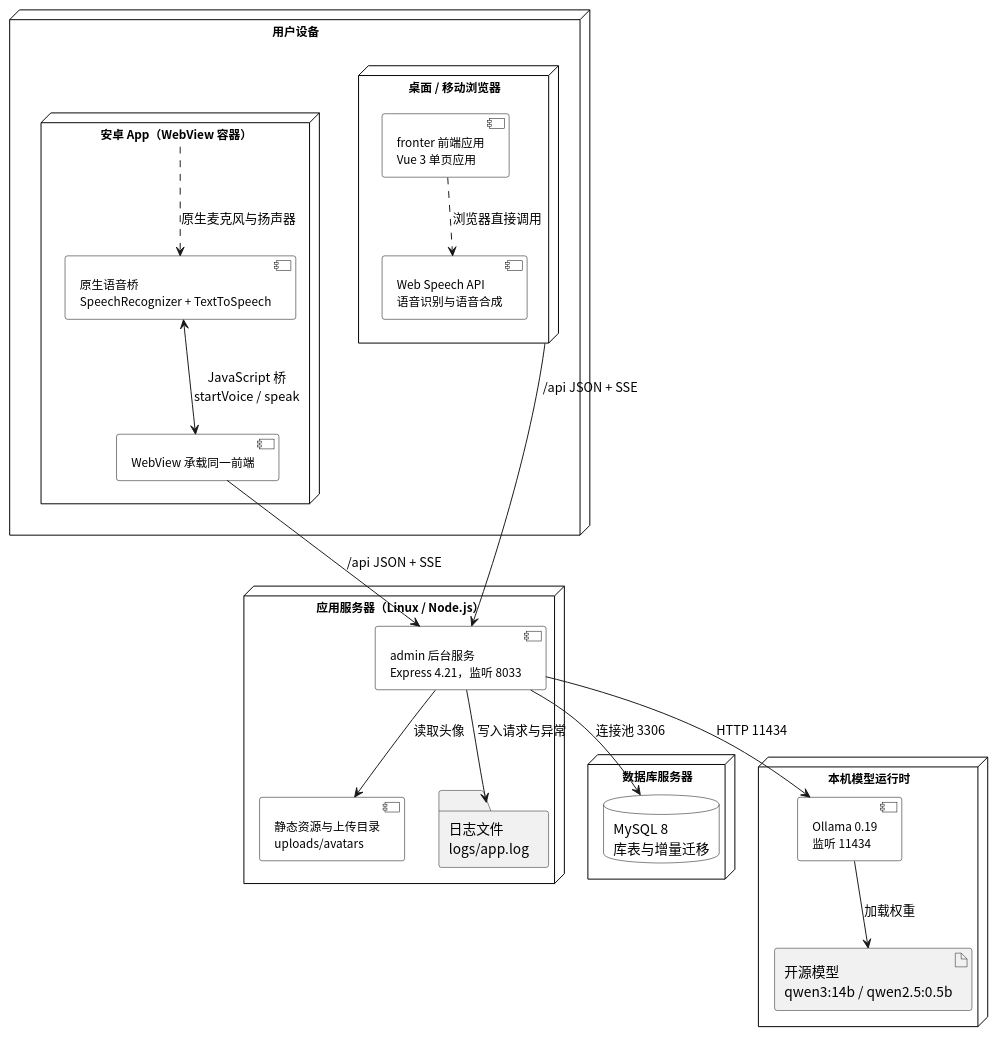
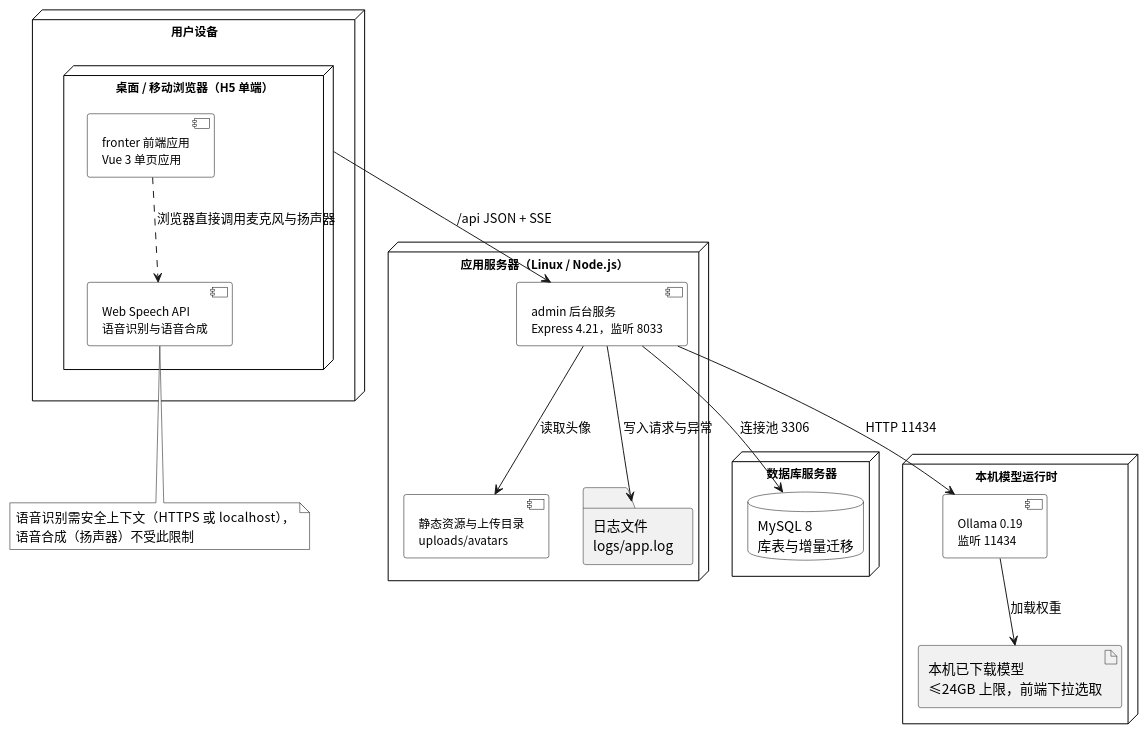
One commit to XuelinHu/school-chinese-exam-practice changed the diagram in docs/assets/diagrams_src/03_deployment.puml. Above: the diagram before and after it, drawn with PlantUML. The commit also changed 56 other files, not shown here.

```diff
--- a/docs/assets/diagrams_src/03_deployment.puml
+++ b/docs/assets/diagrams_src/03_deployment.puml
@@ -1,59 +1,60 @@
 @startuml
 ' 马来西亚留学生汉语练习平台 —— 部署图
 ' 对应设计说明书 4.2；默认端口 4031（前台）/ 8033（后台）/ 3306 / 11434。
 skinparam backgroundColor #FFFFFF
 skinparam defaultFontName "Noto Sans CJK SC"
 skinparam shadowing false
+' 设计图交付要求纯黑白，注释框默认是淡黄底，必须显式压掉
+skinparam noteBackgroundColor #FFFFFF
+skinparam noteBorderColor #000000
 skinparam node {
   BackgroundColor #FFFFFF
   BorderColor #000000
   FontSize 12
 }
 skinparam component {
   BackgroundColor #FFFFFF
   BorderColor #000000
   FontSize 12
 }
 skinparam database {
   BackgroundColor #FFFFFF
   BorderColor #000000
 }
 
 node "用户设备" as DEV {
-  node "桌面 / 移动浏览器" as BROWSER {
+  node "桌面 / 移动浏览器（H5 单端）" as BROWSER {
     component "fronter 前端应用\nVue 3 单页应用" as WEBAPP
     component "Web Speech API\n语音识别与语音合成" as WEBSPEECH
-  }
-  node "安卓 App（WebView 容器）" as ANDROID {
-    component "WebView 承载同一前端" as WV
-    component "原生语音桥\nSpeechRecognizer + TextToSpeech" as NATIVE
   }
 }
 
 node "应用服务器（Linux / Node.js）" as SERVER {
   component "admin 后台服务\nExpress 4.21，监听 8033" as API
   component "静态资源与上传目录\nuploads/avatars" as STATIC
   folder "日志文件\nlogs/app.log" as LOG
 }
 
 node "数据库服务器" as DBSRV {
   database "MySQL 8\n库表与增量迁移" as MYSQL
 }
 
 node "本机模型运行时" as AISRV {
   component "Ollama 0.19\n监听 11434" as OLLAMA
-  artifact "开源模型\nqwen3:14b / qwen2.5:0.5b" as MODELS
+  artifact "本机已下载模型\n≤24GB 上限，前端下拉选取" as MODELS
 }
 
 BROWSER --> API : /api JSON + SSE
-WV --> API : /api JSON + SSE
-NATIVE <--> WV : JavaScript 桥\nstartVoice / speak
-WEBAPP ..> WEBSPEECH : 浏览器直接调用
-ANDROID ..> NATIVE : 原生麦克风与扬声器
+WEBAPP ..> WEBSPEECH : 浏览器直接调用麦克风与扬声器
+
+note bottom of WEBSPEECH
+  语音识别需安全上下文（HTTPS 或 localhost），
+  语音合成（扬声器）不受此限制
+end note
 
 API --> MYSQL : 连接池 3306
 API --> OLLAMA : HTTP 11434
 API --> LOG : 写入请求与异常
 API --> STATIC : 读取头像
 OLLAMA --> MODELS : 加载权重
 @enduml
```
